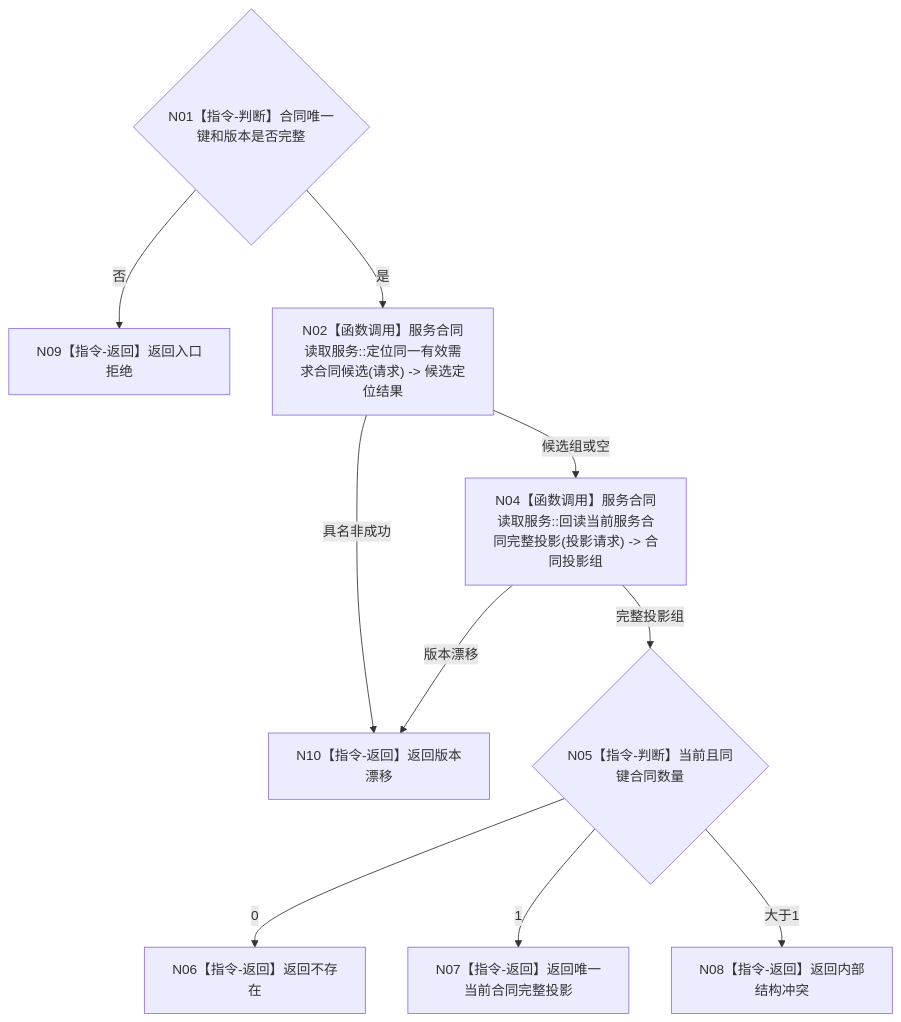
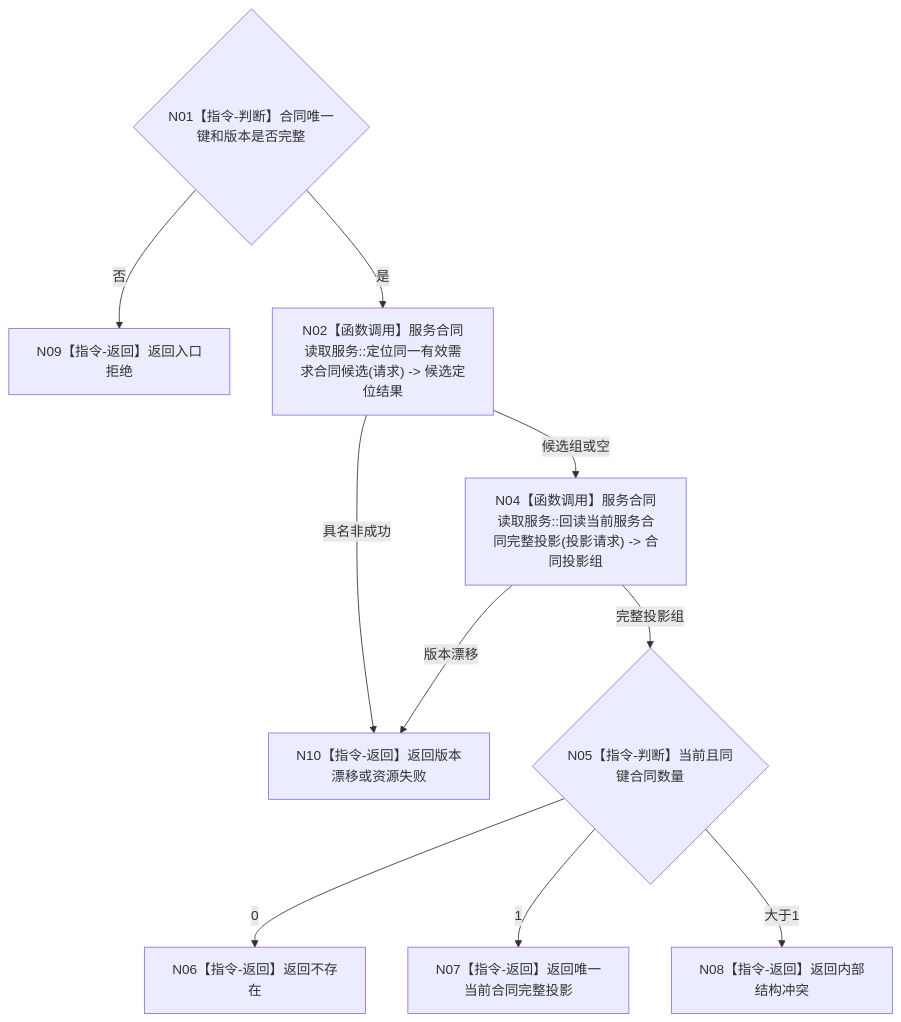
One commit to chunhaizh-cyber/HY-Ego changed the diagram in 流程图/目标业务流程图/L3/BIZ-L3-003-04-02_读取同一有效需求当前服务合同_目标函数流程图_v0.1.md. Above: the diagram before and after it, drawn with Mermaid. The commit also changed 4 other files, not shown here.

Commit message:
docs: 修正目标流程图节点接线

````diff
--- a/流程图/目标业务流程图/L3/BIZ-L3-003-04-02_读取同一有效需求当前服务合同_目标函数流程图_v0.1.md
+++ b/流程图/目标业务流程图/L3/BIZ-L3-003-04-02_读取同一有效需求当前服务合同_目标函数流程图_v0.1.md
@@ -30,12 +30,12 @@
 ```mermaid
 flowchart TD
     N01{"N01【指令-判断】合同唯一键和版本是否完整"} -->|否| N09["N09【指令-返回】返回入口拒绝"]
     N01 -->|是| N02["N02【函数调用】服务合同读取服务::定位同一有效需求合同候选(请求) -> 候选定位结果"]
     N02 -->|具名非成功| N10["N10【指令-返回】返回版本漂移或资源失败"]
     N02 -->|候选组或空| N04["N04【函数调用】服务合同读取服务::回读当前服务合同完整投影(投影请求) -> 合同投影组"]
-    N04 -->|版本漂移| N10["N10【指令-返回】返回版本漂移"]
+    N04 -->|版本漂移| N10
     N04 -->|完整投影组| N05{"N05【指令-判断】当前且同键合同数量"}
     N05 -->|0| N06["N06【指令-返回】返回不存在"]
     N05 -->|1| N07["N07【指令-返回】返回唯一当前合同完整投影"]
     N05 -->|大于1| N08["N08【指令-返回】返回内部结构冲突"]
 ```
````
